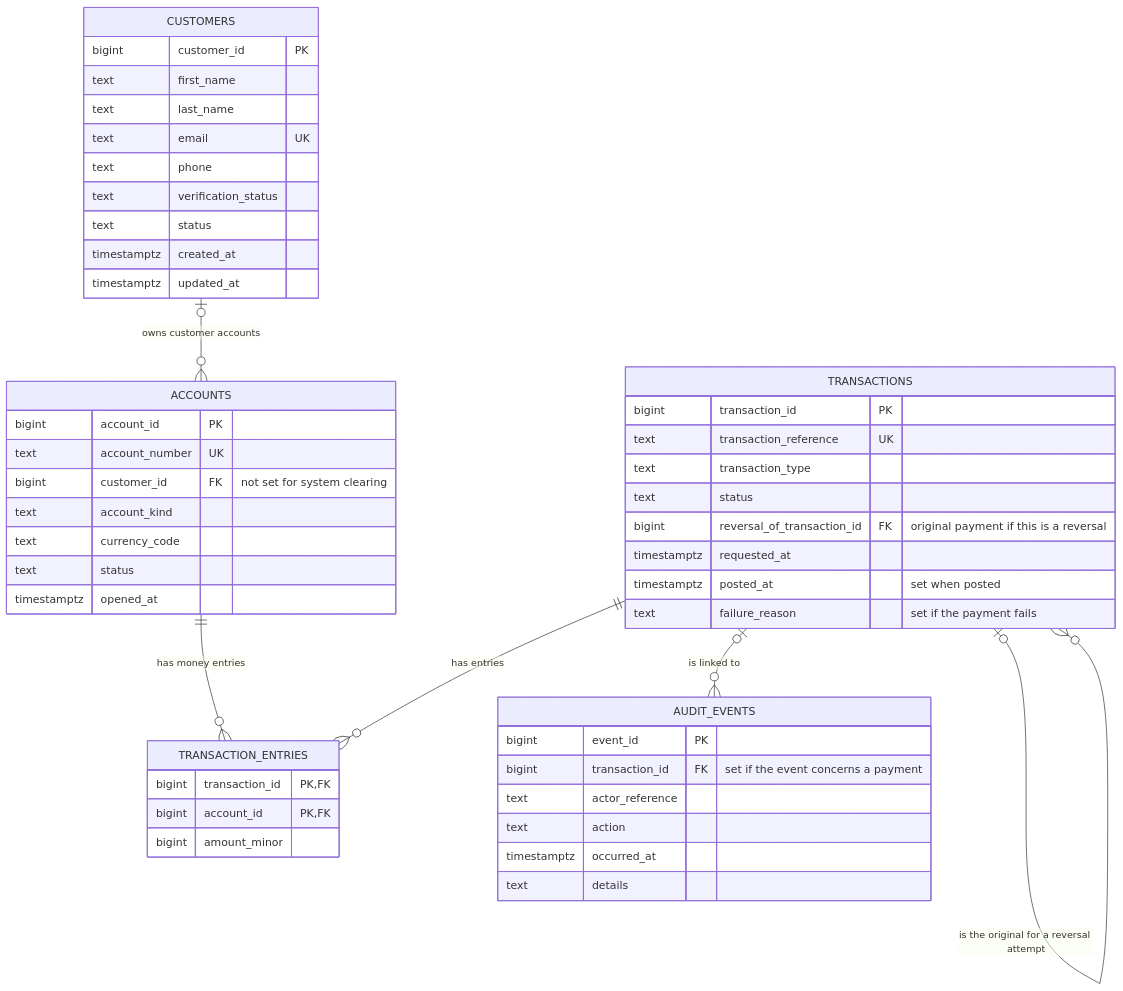
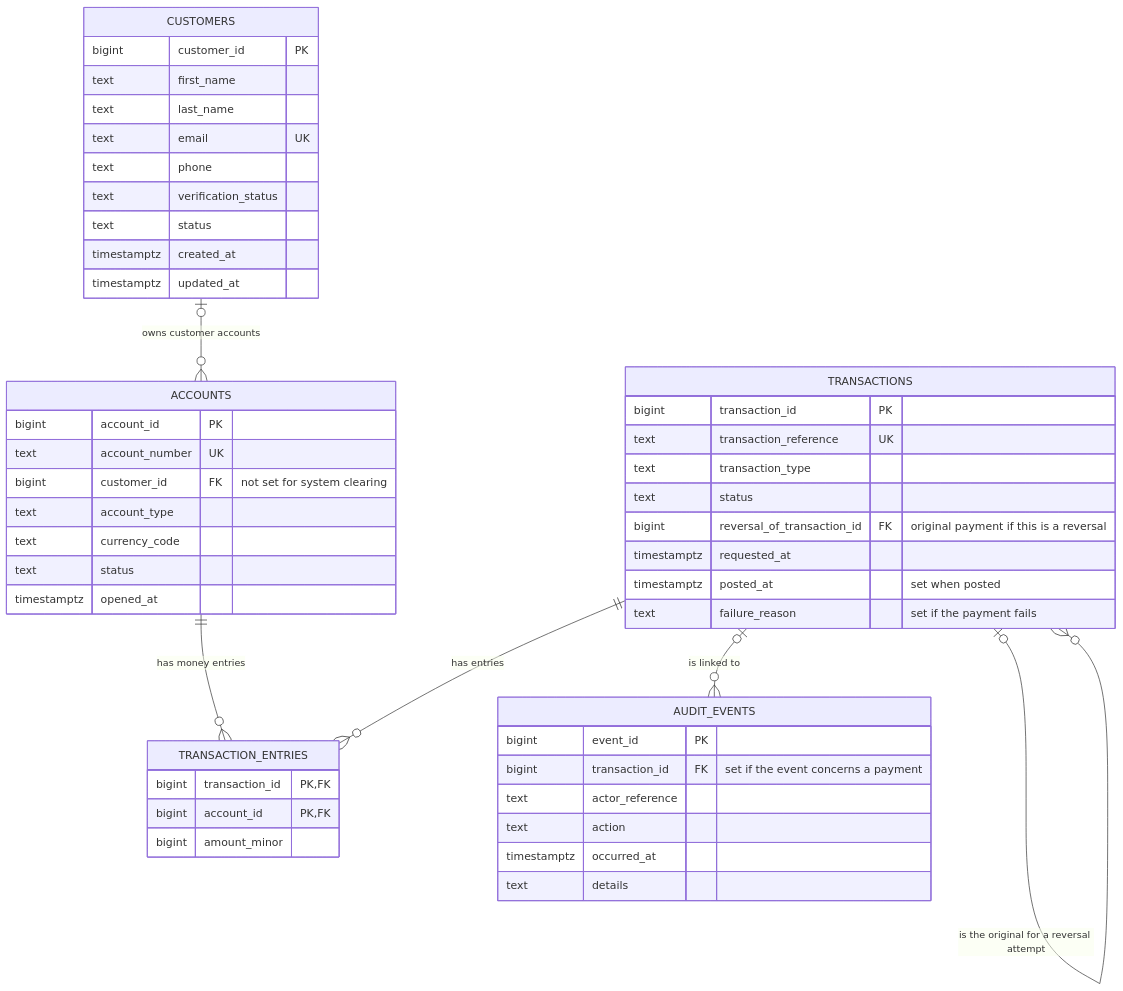
One commit to hafolabi/Oladipo_Afolabi_301919753 changed the diagram in Oladipo_Afolabi_301919753_Portfolio1DatabaseDesign/Oladipo_Afolabi_301919753_er_diagram.mmd. Above: the diagram before and after it, drawn with Mermaid. The commit also changed 21 other files, not shown here.

Commit message:
account_kind updated to account_type accross the project

```diff
--- a/Oladipo_Afolabi_301919753_Portfolio1DatabaseDesign/Oladipo_Afolabi_301919753_er_diagram.mmd
+++ b/Oladipo_Afolabi_301919753_Portfolio1DatabaseDesign/Oladipo_Afolabi_301919753_er_diagram.mmd
@@ -1,50 +1,50 @@
 erDiagram
     CUSTOMERS o|--o{ ACCOUNTS : "owns customer accounts"
     ACCOUNTS ||--o{ TRANSACTION_ENTRIES : "has money entries"
     TRANSACTIONS ||--o{ TRANSACTION_ENTRIES : "has entries"
     TRANSACTIONS o|--o{ AUDIT_EVENTS : "is linked to"
     TRANSACTIONS o|--o{ TRANSACTIONS : "is the original for a reversal attempt"
 
     CUSTOMERS {
         bigint customer_id PK
         text first_name
         text last_name
         text email UK
         text phone
         text verification_status
         text status
         timestamptz created_at
         timestamptz updated_at
     }
     ACCOUNTS {
         bigint account_id PK
         text account_number UK
         bigint customer_id FK "not set for system clearing"
-        text account_kind
+        text account_type
         text currency_code
         text status
         timestamptz opened_at
     }
     TRANSACTIONS {
         bigint transaction_id PK
         text transaction_reference UK
         text transaction_type
         text status
         bigint reversal_of_transaction_id FK "original payment if this is a reversal"
         timestamptz requested_at
         timestamptz posted_at "set when posted"
         text failure_reason "set if the payment fails"
     }
     TRANSACTION_ENTRIES {
         bigint transaction_id PK,FK
         bigint account_id PK,FK
         bigint amount_minor
     }
     AUDIT_EVENTS {
         bigint event_id PK
         bigint transaction_id FK "set if the event concerns a payment"
         text actor_reference
         text action
         timestamptz occurred_at
         text details
     }
```
